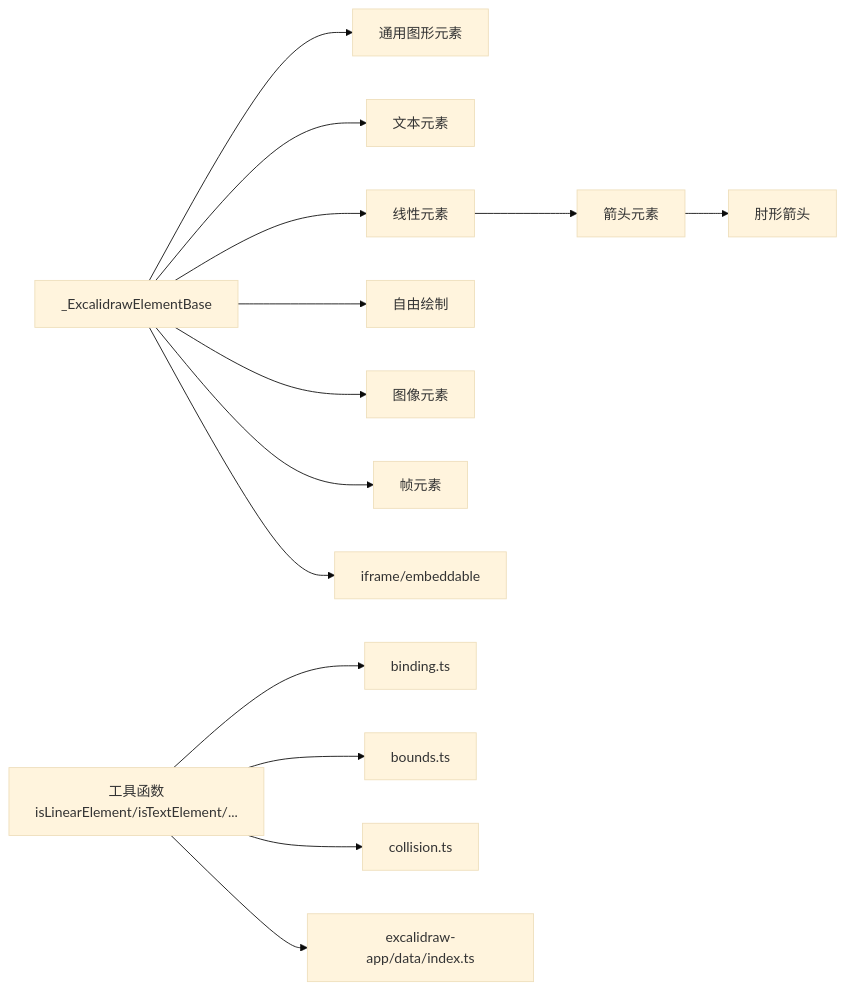
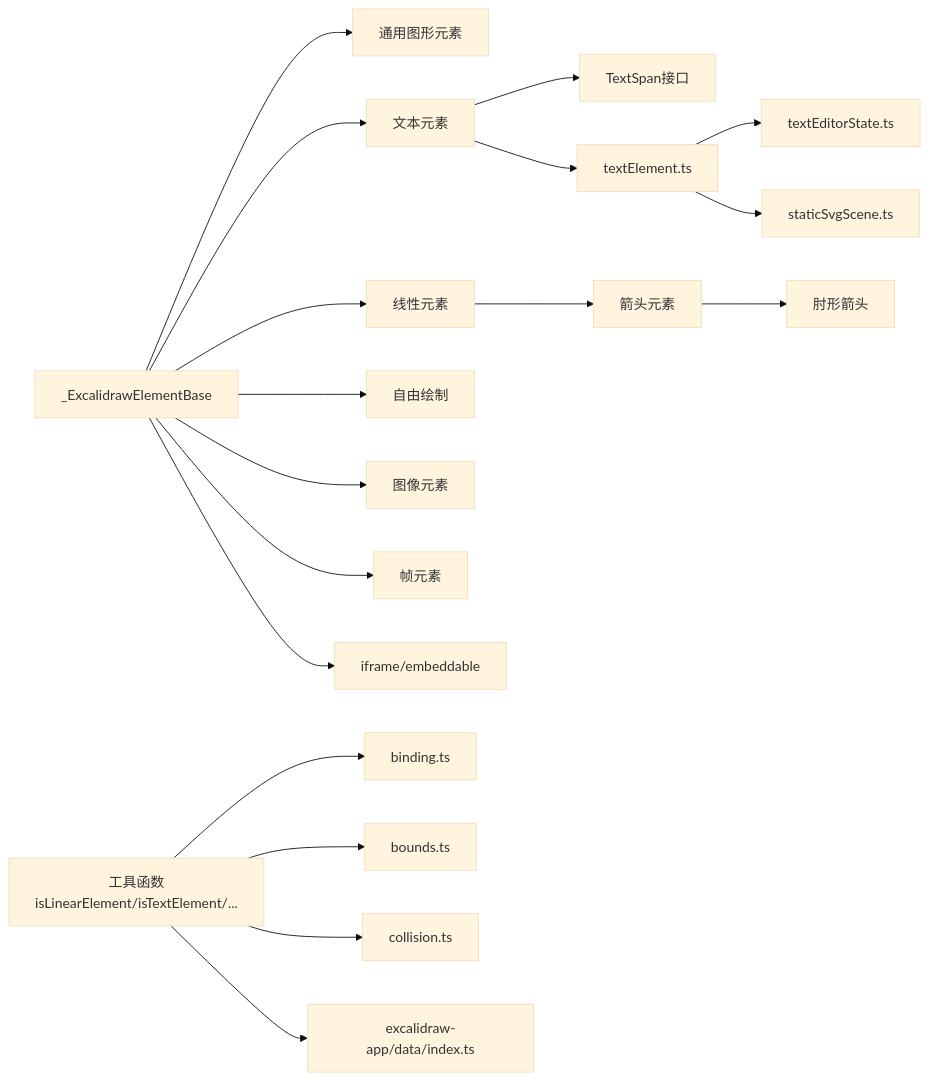
Before and after one commit to Az-qianchen/Excalidraw: the third of 3 diagrams in .qoder/repowiki/zh/content/元素系统/元素类型定义.md, drawn with Mermaid (base theme). The commit also changed other lines of this file and 14 other files, not shown here.

````diff
--- a/.qoder/repowiki/zh/content/元素系统/元素类型定义.md
+++ b/.qoder/repowiki/zh/content/元素系统/元素类型定义.md
@@ -324,16 +370,20 @@
 ```mermaid
 graph LR
 Base["_ExcalidrawElementBase"] --> Gen["通用图形元素"]
 Base --> Txt["文本元素"]
 Base --> Lin["线性元素"]
 Base --> FD["自由绘制"]
 Base --> Img["图像元素"]
 Base --> Frm["帧元素"]
 Base --> Ifr["iframe/embeddable"]
+Txt --> Span["TextSpan接口"]
+Txt --> TE["textElement.ts"]
+TE --> WYSIWYG["textEditorState.ts"]
+TE --> SVG["staticSvgScene.ts"]
 Lin --> Arr["箭头元素"]
 Arr --> Elb["肘形箭头"]
 Utils["工具函数<br/>isLinearElement/isTextElement/..."] --> Bnd["binding.ts"]
 Utils --> Bds["bounds.ts"]
 Utils --> Col["collision.ts"]
 Utils --> App["excalidraw-app/data/index.ts"]
 ```
````
